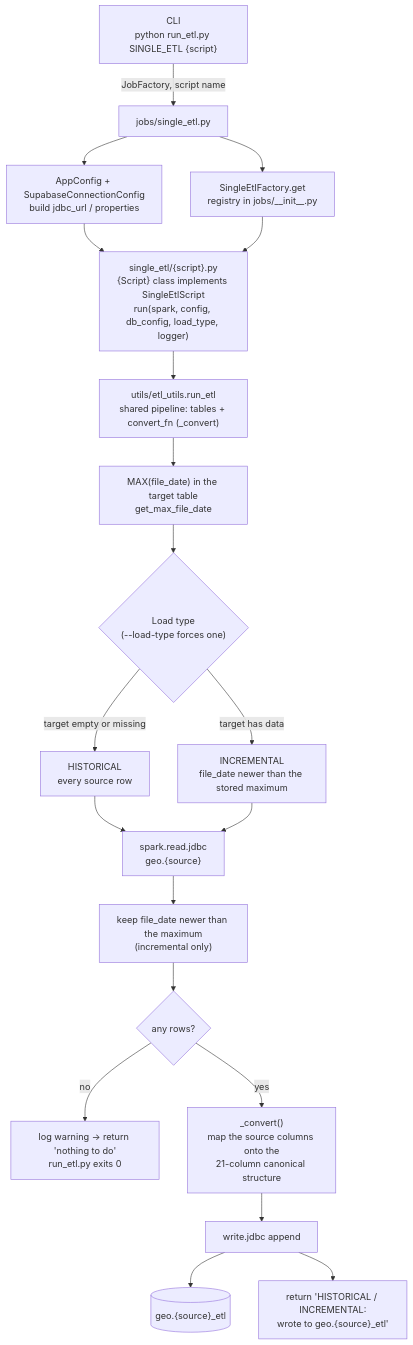
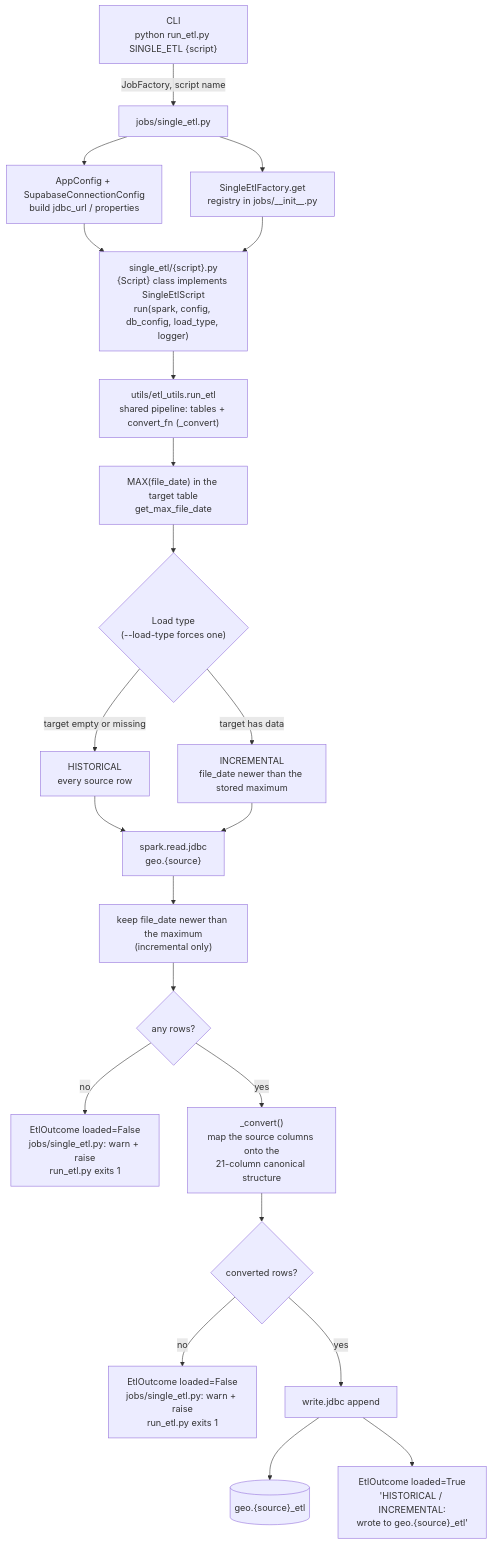
One commit to kaluzny1995/GEO_ETL changed the diagram in docs/etl_jobs/single-etl.md. Above: the diagram before and after it, drawn with Mermaid. The commit also changed other lines of this file and 9 other files, not shown here.

Commit message:
SINGLE_ETL scenario fix

````diff
--- a/docs/etl_jobs/single-etl.md
+++ b/docs/etl_jobs/single-etl.md
@@ -7,22 +7,24 @@
 ```mermaid
 flowchart TD
     CLI["CLI<br/>python run_etl.py SINGLE_ETL {script}"] -->|JobFactory, script name| JOB["jobs/single_etl.py"]
     JOB --> CFG["AppConfig + SupabaseConnectionConfig<br/>build jdbc_url / properties"]
     JOB --> FACT["SingleEtlFactory.get<br/>registry in jobs/__init__.py"]
     CFG --> SCRIPT["single_etl/{script}.py<br/>{Script} class implements SingleEtlScript<br/>run(spark, config, db_config, load_type, logger)"]
     FACT --> SCRIPT
     SCRIPT --> RUN["utils/etl_utils.run_etl<br/>shared pipeline: tables + convert_fn (_convert)"]
     RUN --> MAX["MAX(file_date) in the target table<br/>get_max_file_date"]
     MAX --> LT{"Load type<br/>(--load-type forces one)"}
     LT -->|"target empty or missing"| H["HISTORICAL<br/>every source row"]
     LT -->|"target has data"| I["INCREMENTAL<br/>file_date newer than the stored maximum"]
     H --> READ["spark.read.jdbc<br/>geo.{source}"]
     I --> READ
     READ --> FILTER["keep file_date newer than the maximum<br/>(incremental only)"]
     FILTER --> EMPTY{"any rows?"}
-    EMPTY -->|"no"| SKIP["log warning → return 'nothing to do'<br/>run_etl.py exits 0"]
+    EMPTY -->|"no"| SKIP["EtlOutcome loaded=False<br/>jobs/single_etl.py: warn + raise<br/>run_etl.py exits 1"]
     EMPTY -->|"yes"| CV["_convert()<br/>map the source columns onto the<br/>21-column canonical structure"]
-    CV --> WRITE["write.jdbc append"]
+    CV --> EMPTY2{"converted rows?"}
+    EMPTY2 -->|"no"| SKIP2["EtlOutcome loaded=False<br/>jobs/single_etl.py: warn + raise<br/>run_etl.py exits 1"]
+    EMPTY2 -->|"yes"| WRITE["write.jdbc append"]
     WRITE --> DB[("geo.{source}_etl")]
-    WRITE --> OK["return 'HISTORICAL / INCREMENTAL:<br/>wrote to geo.{source}_etl'"]
+    WRITE --> OK["EtlOutcome loaded=True<br/>'HISTORICAL / INCREMENTAL:<br/>wrote to geo.{source}_etl'"]
 ```
````
